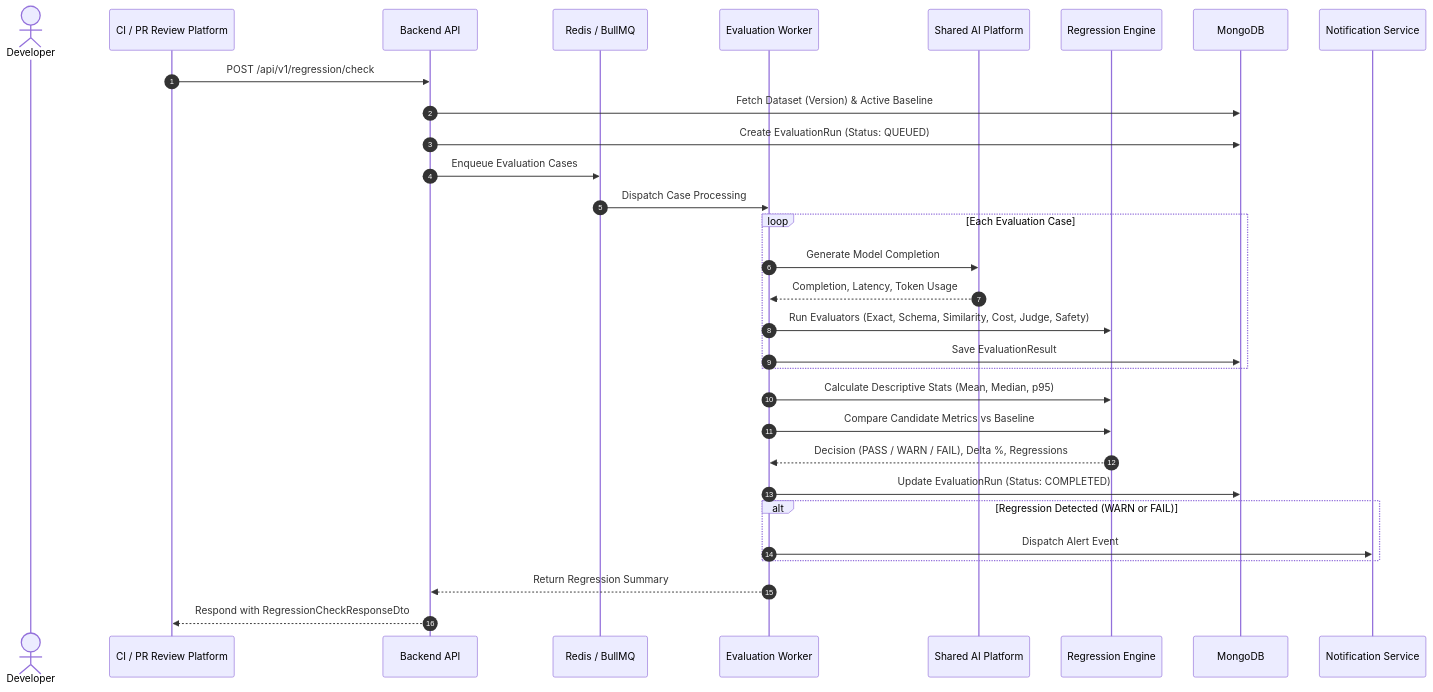
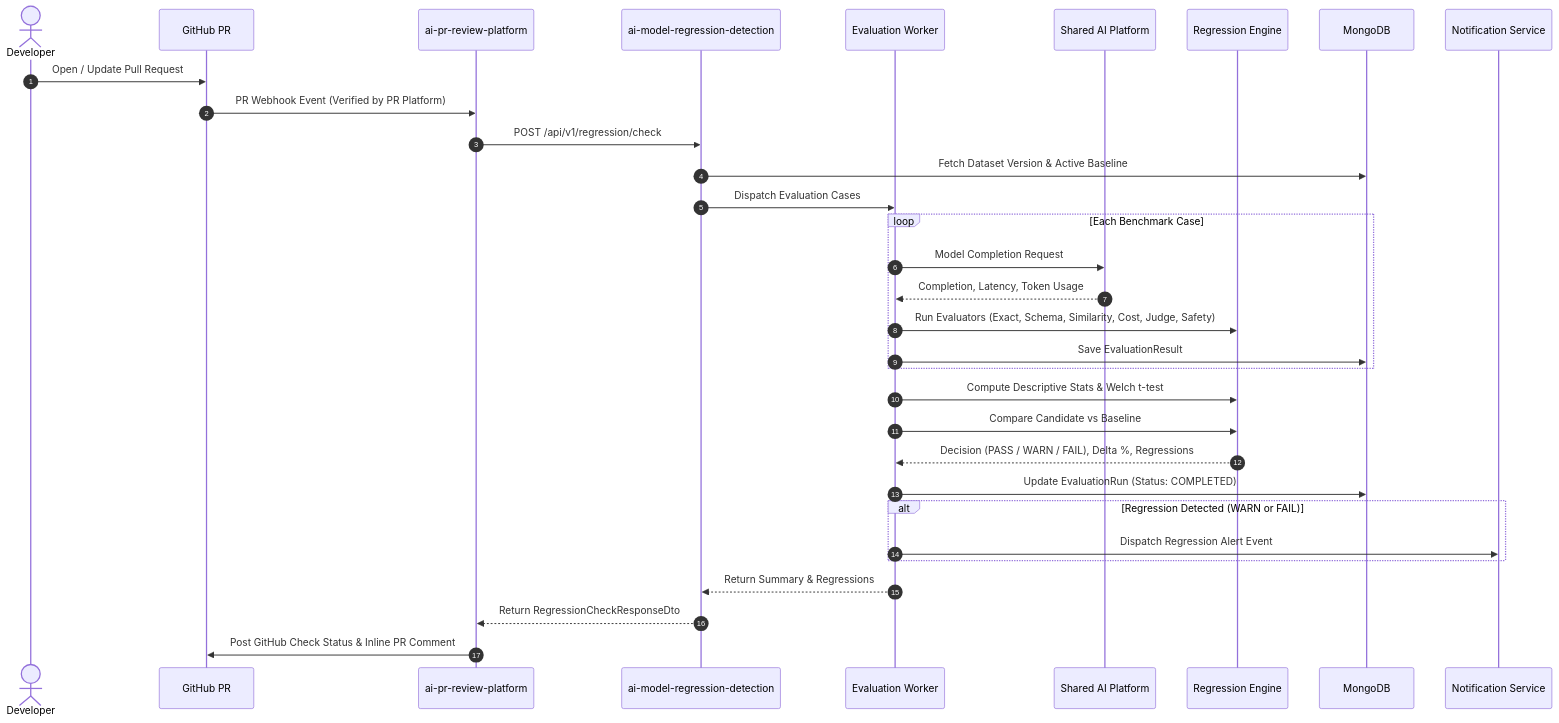
Before and after one commit to rishank-kesarwani/ai-model-regression-detection: the second of 2 diagrams in README.md, drawn with Mermaid. The commit also changed other lines of this file and 4 other files, not shown here.

````diff
--- a/README.md
+++ b/README.md
@@ -156,34 +176,35 @@
 ```mermaid
 sequenceDiagram
     autonumber
     actor Developer
-    participant CI as CI / PR Review Platform
-    participant API as Backend API
-    participant Queue as Redis / BullMQ
+    participant GH as GitHub PR
+    participant PRPlatform as ai-pr-review-platform
+    participant API as ai-model-regression-detection
     participant Worker as Evaluation Worker
     participant AIP as Shared AI Platform
     participant Engine as Regression Engine
     participant DB as MongoDB
     participant Notif as Notification Service
 
-    CI->>API: POST /api/v1/regression/check
-    API->>DB: Fetch Dataset (Version) & Active Baseline
-    API->>DB: Create EvaluationRun (Status: QUEUED)
-    API->>Queue: Enqueue Evaluation Cases
-    Queue->>Worker: Dispatch Case Processing
-    loop Each Evaluation Case
-        Worker->>AIP: Generate Model Completion
+    Developer->>GH: Open / Update Pull Request
+    GH->>PRPlatform: PR Webhook Event (Verified by PR Platform)
+    PRPlatform->>API: POST /api/v1/regression/check
+    API->>DB: Fetch Dataset Version & Active Baseline
+    API->>Worker: Dispatch Evaluation Cases
+    loop Each Benchmark Case
+        Worker->>AIP: Model Completion Request
         AIP-->>Worker: Completion, Latency, Token Usage
         Worker->>Engine: Run Evaluators (Exact, Schema, Similarity, Cost, Judge, Safety)
         Worker->>DB: Save EvaluationResult
     end
-    Worker->>Engine: Calculate Descriptive Stats (Mean, Median, p95)
-    Worker->>Engine: Compare Candidate Metrics vs Baseline
+    Worker->>Engine: Compute Descriptive Stats & Welch t-test
+    Worker->>Engine: Compare Candidate vs Baseline
     Engine-->>Worker: Decision (PASS / WARN / FAIL), Delta %, Regressions
     Worker->>DB: Update EvaluationRun (Status: COMPLETED)
     alt Regression Detected (WARN or FAIL)
-        Worker->>Notif: Dispatch Alert Event
+        Worker->>Notif: Dispatch Regression Alert Event
     end
-    Worker-->>API: Return Regression Summary
-    API-->>CI: Respond with RegressionCheckResponseDto
+    Worker-->>API: Return Summary & Regressions
+    API-->>PRPlatform: Return RegressionCheckResponseDto
+    PRPlatform->>GH: Post GitHub Check Status & Inline PR Comment
 ```
````
